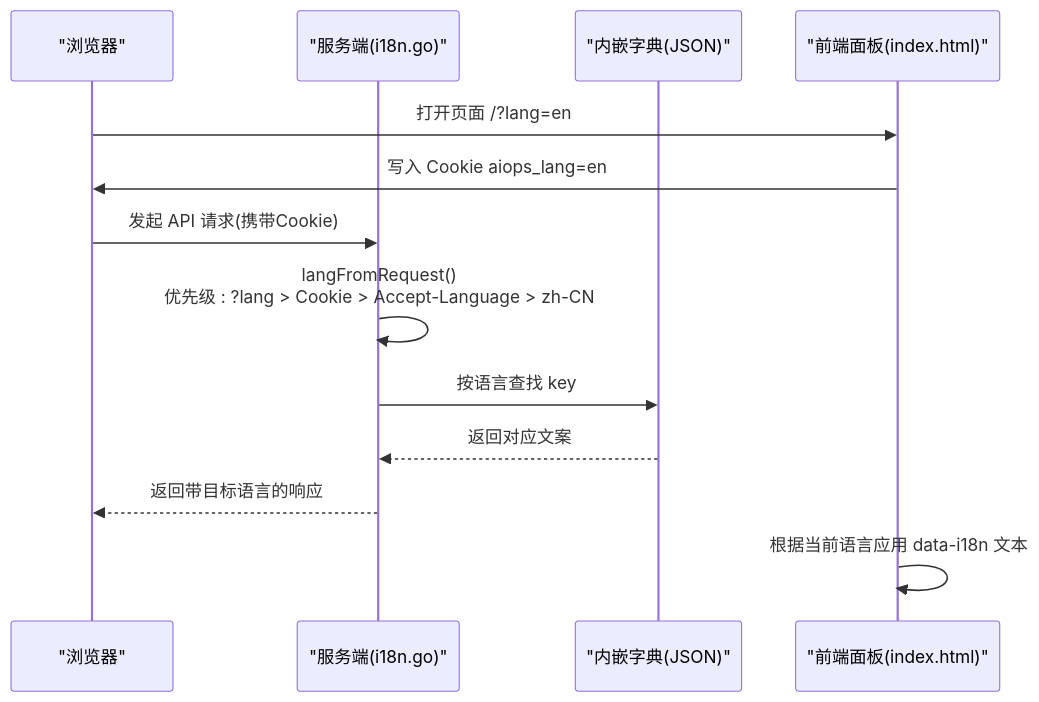
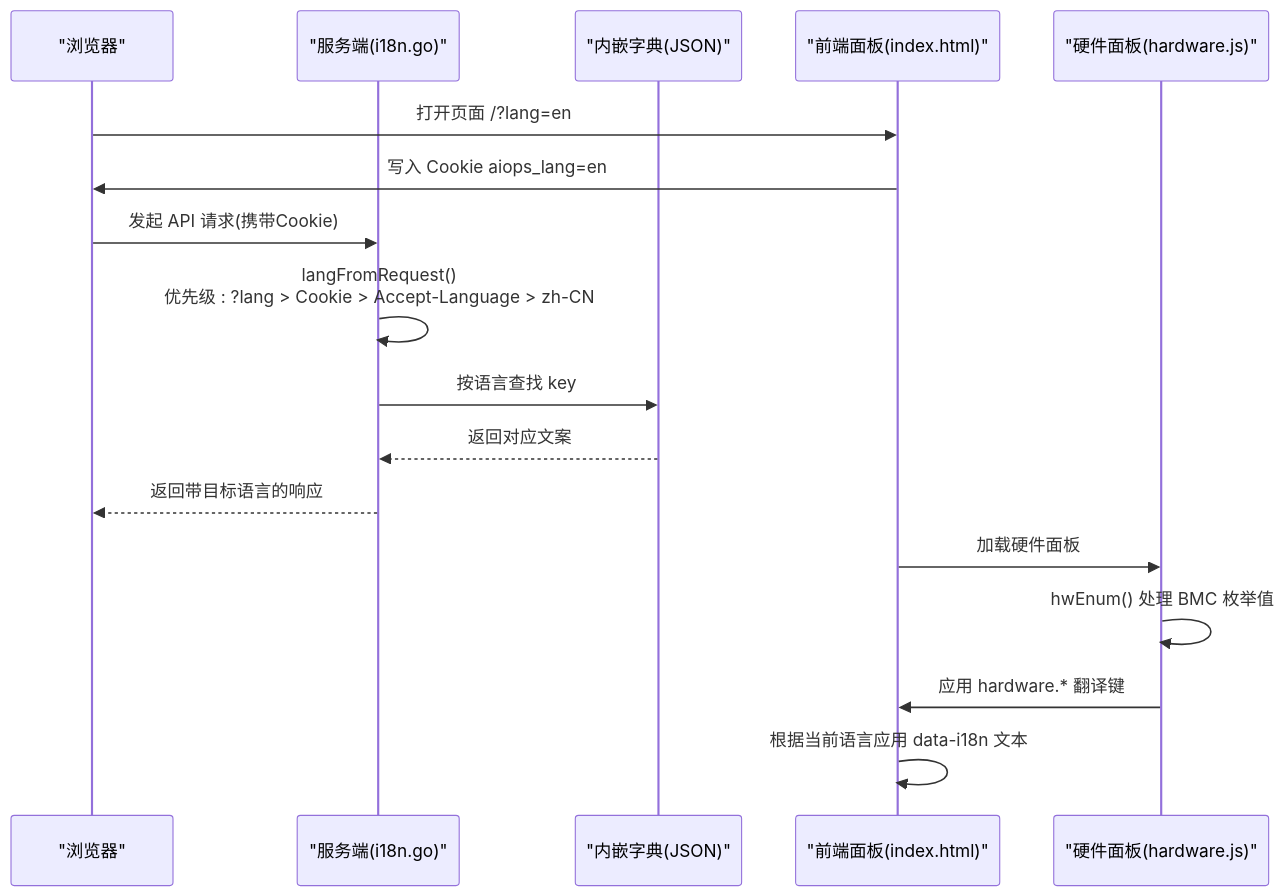
The second of 6 diagrams in .qoder/repowiki/zh/content/配置管理/国际化支持.md (sreyun/aiops-monitor), drawn with Mermaid before and after one commit. The commit also changed other lines of this file and 38 other files, not shown here.

````diff
--- a/.qoder/repowiki/zh/content/配置管理/国际化支持.md
+++ b/.qoder/repowiki/zh/content/配置管理/国际化支持.md
@@ -108,15 +111,19 @@
 ```mermaid
 sequenceDiagram
 participant Browser as "浏览器"
 participant Server as "服务端(i18n.go)"
 participant Dict as "内嵌字典(JSON)"
 participant Frontend as "前端面板(index.html)"
+participant Hardware as "硬件面板(hardware.js)"
 Browser->>Frontend : 打开页面 /?lang=en
 Frontend->>Browser : 写入 Cookie aiops_lang=en
 Browser->>Server : 发起 API 请求(携带Cookie)
 Server->>Server : langFromRequest()<br/>优先级 : ?lang > Cookie > Accept-Language > zh-CN
 Server->>Dict : 按语言查找 key
 Dict-->>Server : 返回对应文案
 Server-->>Browser : 返回带目标语言的响应
+Frontend->>Hardware : 加载硬件面板
+Hardware->>Hardware : hwEnum() 处理 BMC 枚举值
+Hardware->>Frontend : 应用 hardware.* 翻译键
 Frontend->>Frontend : 根据当前语言应用 data-i18n 文本
 ```
````
